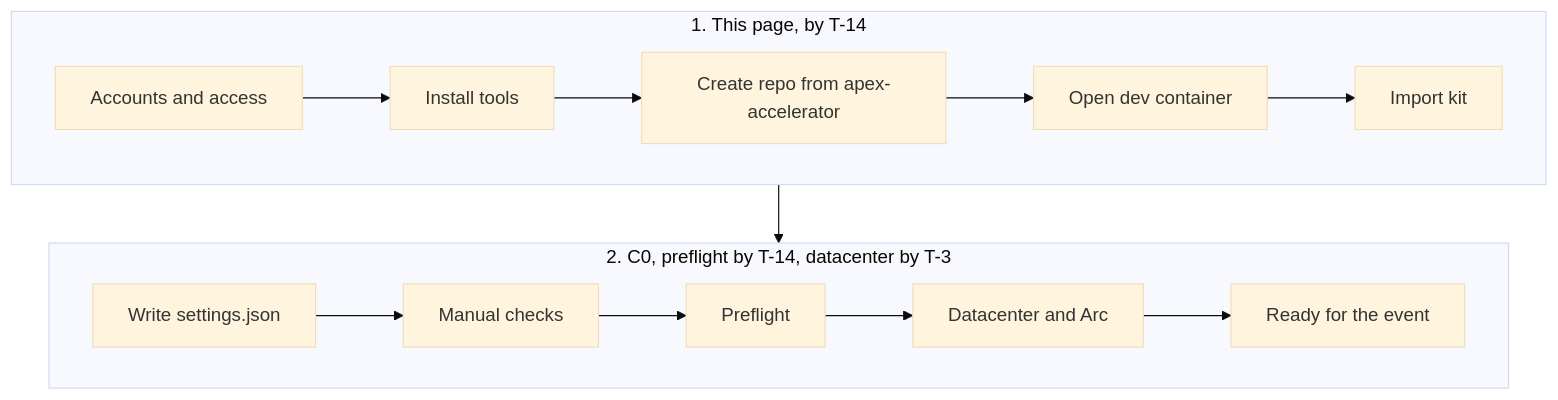
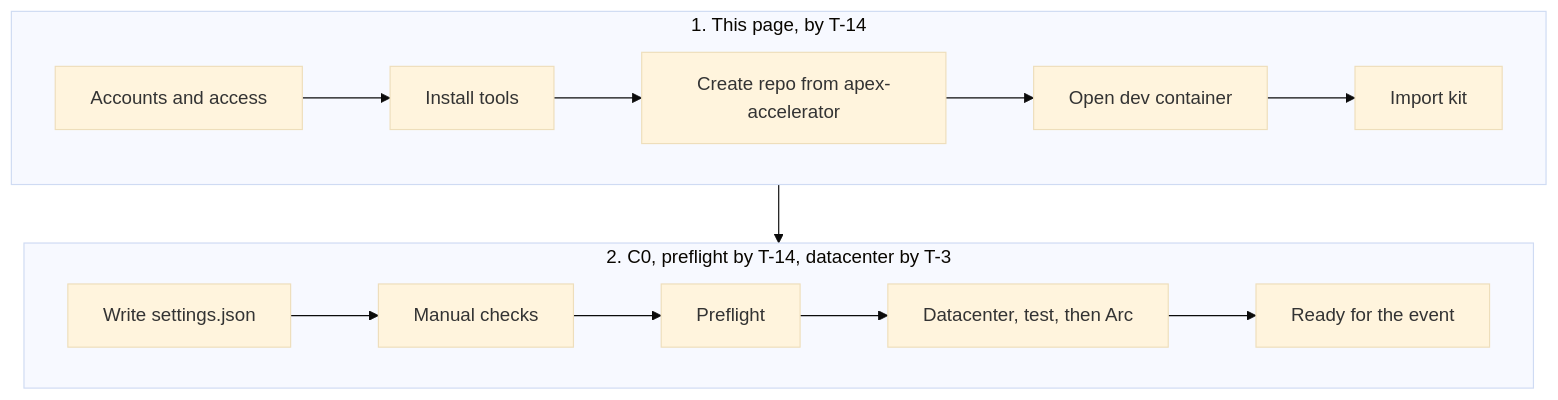
The diagram in site/src/content/docs/getting-started/prerequisites.md (jonathan-vella/apex-factory-hackathon), drawn with Mermaid (base theme) before and after one commit. The commit also changed other lines of this file and 11 other files, not shown here.

First line of the commit message:
Docs: C0 order and T-3 gate, platform lead gate, Graph grant in C2, coach C0 commands (#72)

````diff
--- a/site/src/content/docs/getting-started/prerequisites.md
+++ b/site/src/content/docs/getting-started/prerequisites.md
@@ -15,12 +15,12 @@
 ```mermaid
 flowchart TB
   subgraph S1["1. This page, by T-14"]
     direction LR
     A[Accounts and access] --> B[Install tools] --> C[Create repo from apex-accelerator] --> D[Open dev container] --> E[Import kit]
   end
   subgraph S2["2. C0, preflight by T-14, datacenter by T-3"]
     direction LR
-    F[Write settings.json] --> G[Manual checks] --> H[Preflight] --> I[Datacenter and Arc] --> J[Ready for the event]
+    F[Write settings.json] --> G[Manual checks] --> H[Preflight] --> I[Datacenter, test, then Arc] --> J[Ready for the event]
   end
   S1 --> S2
 ```
````
